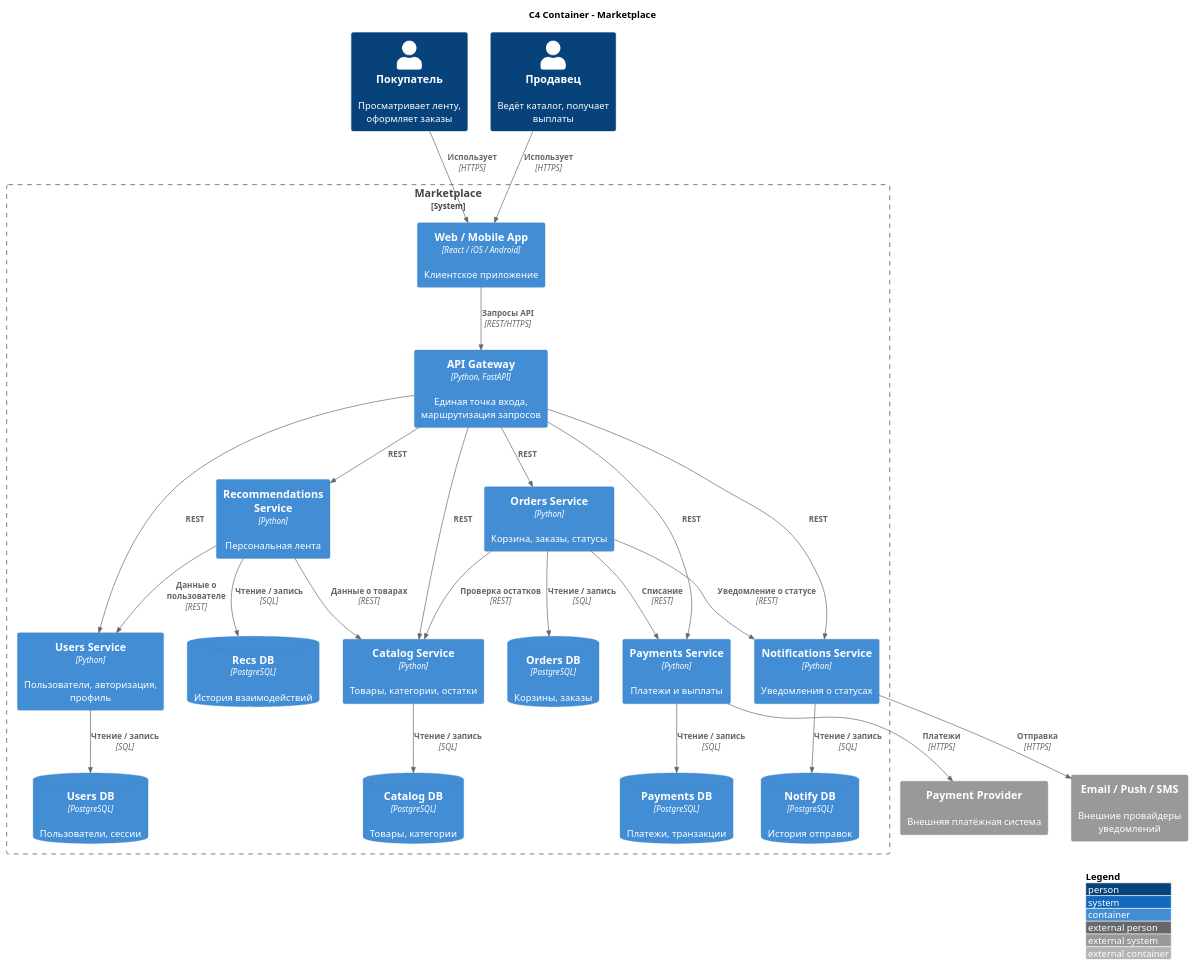
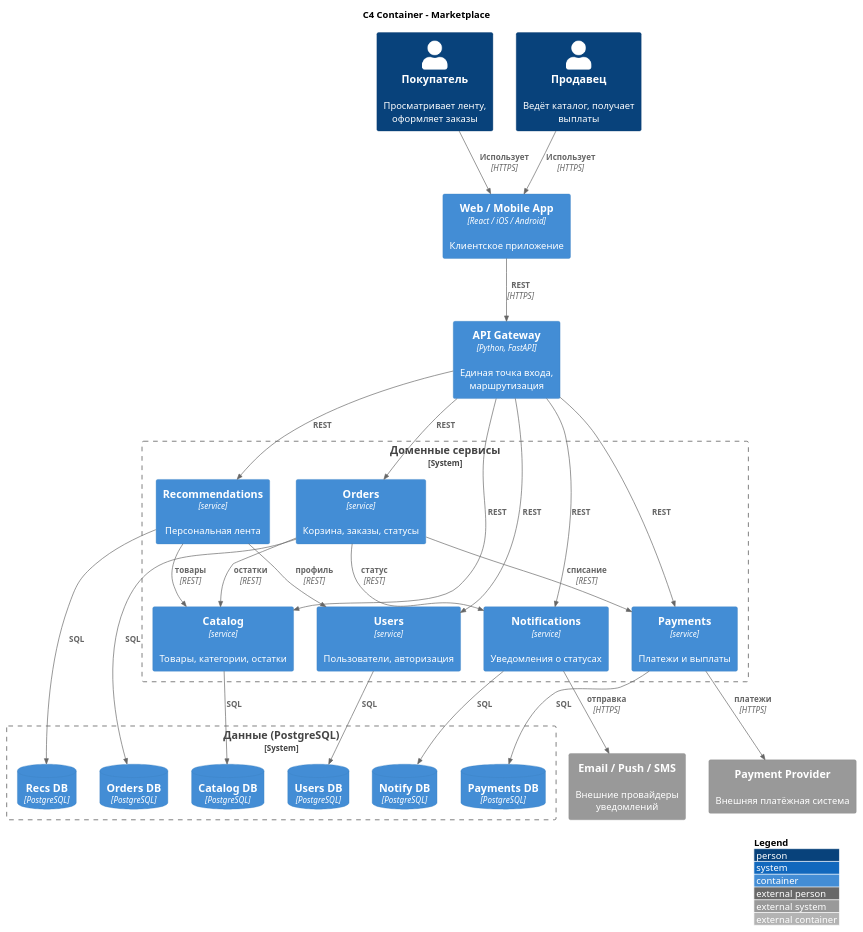
Before and after one commit to DaryaAndryeva/hw-1-Marketplace: the diagram in diagrams/container.puml, drawn with PlantUML. The commit also changed 1 other file, not shown here.

```diff
--- a/diagrams/container.puml
+++ b/diagrams/container.puml
@@ -1,63 +1,62 @@
 @startuml C4-Container-Marketplace
 !include https://raw.githubusercontent.com/plantuml-stdlib/C4-PlantUML/master/C4_Container.puml
 
+LAYOUT_TOP_DOWN()
 LAYOUT_WITH_LEGEND()
 title C4 Container - Marketplace
 
 Person(buyer, "Покупатель", "Просматривает ленту, оформляет заказы")
 Person(seller, "Продавец", "Ведёт каталог, получает выплаты")
 
-System_Boundary(mp, "Marketplace") {
-    Container(web, "Web / Mobile App", "React / iOS / Android", "Клиентское приложение")
-    Container(gw, "API Gateway", "Python, FastAPI", "Единая точка входа, маршрутизация запросов")
+Container(web, "Web / Mobile App", "React / iOS / Android", "Клиентское приложение")
+Container(gw, "API Gateway", "Python, FastAPI", "Единая точка входа, маршрутизация")
 
-    Container(users, "Users Service", "Python", "Пользователи, авторизация, профиль")
-    ContainerDb(users_db, "Users DB", "PostgreSQL", "Пользователи, сессии")
+System_Boundary(domain, "Доменные сервисы") {
+    Container(users, "Users", "service", "Пользователи, авторизация")
+    Container(catalog, "Catalog", "service", "Товары, категории, остатки")
+    Container(recs, "Recommendations", "service", "Персональная лента")
+    Container(orders, "Orders", "service", "Корзина, заказы, статусы")
+    Container(payments, "Payments", "service", "Платежи и выплаты")
+    Container(notify, "Notifications", "service", "Уведомления о статусах")
+}
 
-    Container(catalog, "Catalog Service", "Python", "Товары, категории, остатки")
-    ContainerDb(catalog_db, "Catalog DB", "PostgreSQL", "Товары, категории")
-
-    Container(recs, "Recommendations Service", "Python", "Персональная лента")
-    ContainerDb(recs_db, "Recs DB", "PostgreSQL", "История взаимодействий")
-
-    Container(orders, "Orders Service", "Python", "Корзина, заказы, статусы")
-    ContainerDb(orders_db, "Orders DB", "PostgreSQL", "Корзины, заказы")
-
-    Container(payments, "Payments Service", "Python", "Платежи и выплаты")
-    ContainerDb(payments_db, "Payments DB", "PostgreSQL", "Платежи, транзакции")
-
-    Container(notify, "Notifications Service", "Python", "Уведомления о статусах")
-    ContainerDb(notify_db, "Notify DB", "PostgreSQL", "История отправок")
+System_Boundary(data, "Данные (PostgreSQL)") {
+    ContainerDb(users_db, "Users DB", "PostgreSQL")
+    ContainerDb(catalog_db, "Catalog DB", "PostgreSQL")
+    ContainerDb(recs_db, "Recs DB", "PostgreSQL")
+    ContainerDb(orders_db, "Orders DB", "PostgreSQL")
+    ContainerDb(payments_db, "Payments DB", "PostgreSQL")
+    ContainerDb(notify_db, "Notify DB", "PostgreSQL")
 }
 
 System_Ext(psp, "Payment Provider", "Внешняя платёжная система")
 System_Ext(channels, "Email / Push / SMS", "Внешние провайдеры уведомлений")
 
 Rel(buyer, web, "Использует", "HTTPS")
 Rel(seller, web, "Использует", "HTTPS")
-Rel(web, gw, "Запросы API", "REST/HTTPS")
+Rel(web, gw, "REST", "HTTPS")
 
 Rel(gw, users, "REST")
 Rel(gw, catalog, "REST")
 Rel(gw, recs, "REST")
 Rel(gw, orders, "REST")
 Rel(gw, payments, "REST")
 Rel(gw, notify, "REST")
 
-Rel(recs, catalog, "Данные о товарах", "REST")
-Rel(recs, users, "Данные о пользователе", "REST")
-Rel(orders, catalog, "Проверка остатков", "REST")
-Rel(orders, payments, "Списание", "REST")
-Rel(orders, notify, "Уведомление о статусе", "REST")
+Rel(recs, users, "профиль", "REST")
+Rel(recs, catalog, "товары", "REST")
+Rel(orders, catalog, "остатки", "REST")
+Rel(orders, payments, "списание", "REST")
+Rel(orders, notify, "статус", "REST")
 
-Rel(users, users_db, "Чтение / запись", "SQL")
-Rel(catalog, catalog_db, "Чтение / запись", "SQL")
-Rel(recs, recs_db, "Чтение / запись", "SQL")
-Rel(orders, orders_db, "Чтение / запись", "SQL")
-Rel(payments, payments_db, "Чтение / запись", "SQL")
-Rel(notify, notify_db, "Чтение / запись", "SQL")
+Rel(users, users_db, "SQL")
+Rel(catalog, catalog_db, "SQL")
+Rel(recs, recs_db, "SQL")
+Rel(orders, orders_db, "SQL")
+Rel(payments, payments_db, "SQL")
+Rel(notify, notify_db, "SQL")
 
-Rel(payments, psp, "Платежи", "HTTPS")
-Rel(notify, channels, "Отправка", "HTTPS")
+Rel(payments, psp, "платежи", "HTTPS")
+Rel(notify, channels, "отправка", "HTTPS")
 
 @enduml
```
